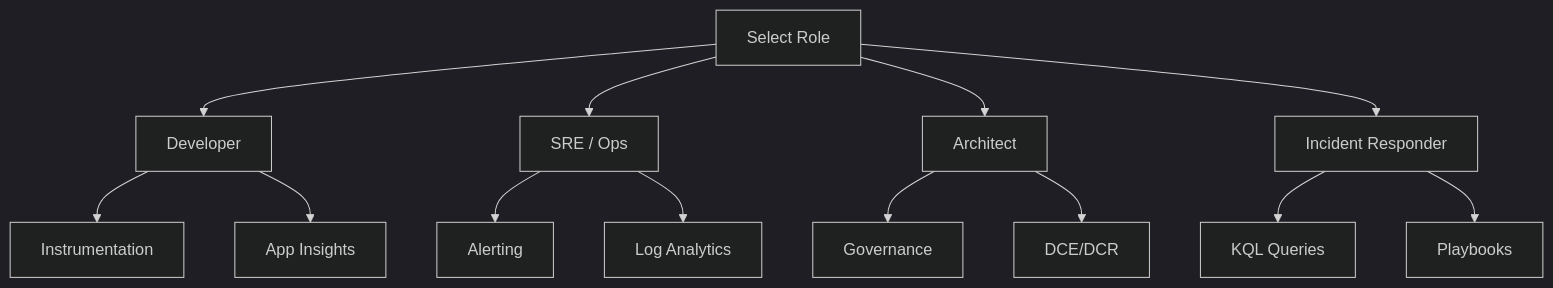
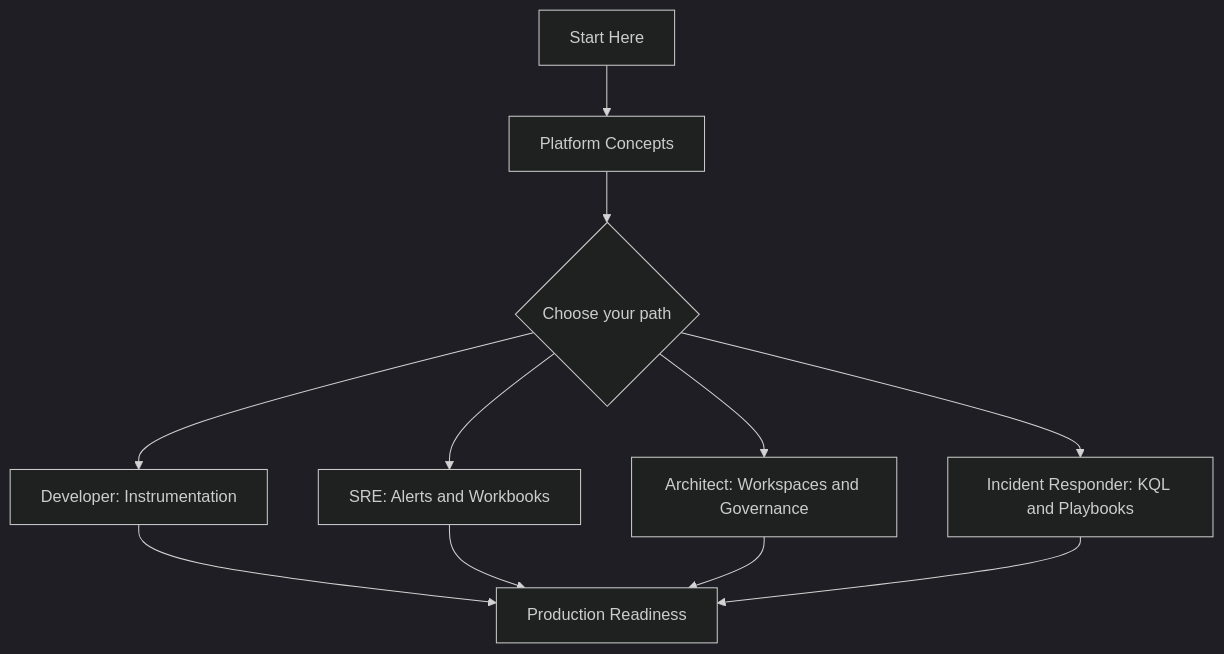
Before and after one commit to yeongseon/azure-monitoring-practical-guide: the first of 5 diagrams in docs/start-here/learning-paths.md, drawn with Mermaid (dark theme). The commit also changed other lines of this file, not shown here.

First line of the commit message:
docs(learning-paths): rewrite to unified role-based structure with Outcomes and time budgets

````diff
--- a/docs/start-here/learning-paths.md
+++ b/docs/start-here/learning-paths.md
@@ -21,19 +61,13 @@
 ```mermaid
-graph TD
-    User[Select Role] --> Dev[Developer]
-    User --> SRE[SRE / Ops]
-    User --> Arch[Architect]
-    User --> IR[Incident Responder]
-    
-    Dev --> D1[Instrumentation]
-    Dev --> D2[App Insights]
-    
-    SRE --> S1[Alerting]
-    SRE --> S2[Log Analytics]
-    
-    Arch --> A1[Governance]
-    Arch --> A2[DCE/DCR]
-    
-    IR --> I1[KQL Queries]
-    IR --> I2[Playbooks]
+flowchart TD
+    A[Start Here] --> B[Platform Concepts]
+    B --> C{Choose your path}
+    C --> D[Developer: Instrumentation]
+    C --> E[SRE: Alerts and Workbooks]
+    C --> F[Architect: Workspaces and Governance]
+    C --> G[Incident Responder: KQL and Playbooks]
+    D --> H[Production Readiness]
+    E --> H
+    F --> H
+    G --> H
 ```
````
